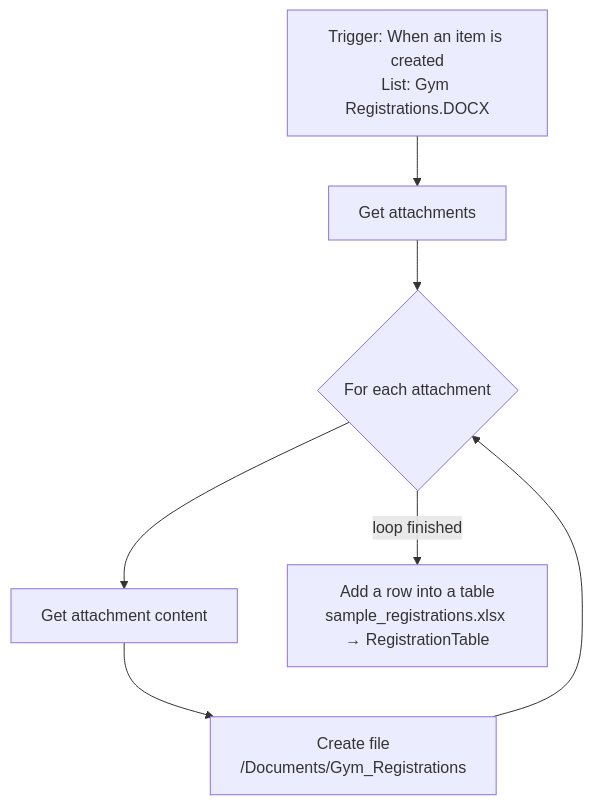
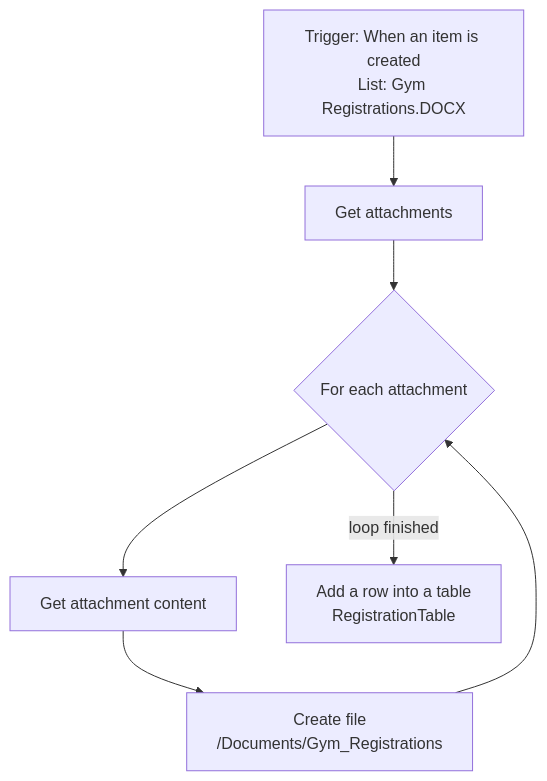
The second of 2 diagrams in task1_power_automate/README.md (tamerab1/paz-home-test), drawn with Mermaid before and after one commit. The commit also changed other lines of this file and 1 other file, not shown here.

````diff
--- a/task1_power_automate/README.md
+++ b/task1_power_automate/README.md
@@ -16,9 +76,9 @@
 ```mermaid
 flowchart TD
     T["Trigger: When an item is created<br/>List: Gym Registrations.DOCX"] --> G["Get attachments"]
     G --> L{"For each attachment"}
     L --> C["Get attachment content"]
     C --> F["Create file<br/>/Documents/Gym_Registrations"]
     F --> L
-    L -- "loop finished" --> X["Add a row into a table<br/>sample_registrations.xlsx → RegistrationTable"]
+    L -- "loop finished" --> X["Add a row into a table<br/>RegistrationTable"]
 ```
````
